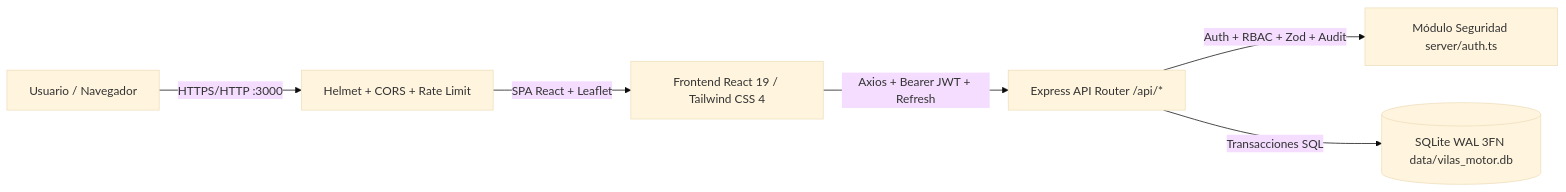
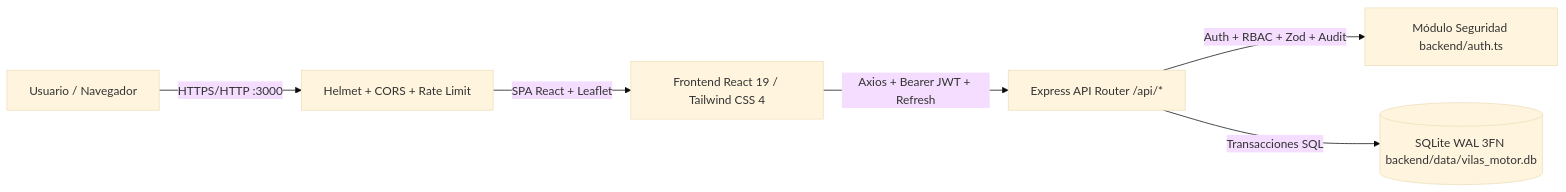
Before and after one commit to Anotherrc/Testts: the first of 2 diagrams in docs/ARQUITECTURA_Y_BD.md, drawn with Mermaid (base theme). The commit also changed 19 other files, not shown here.

````diff
--- a/docs/ARQUITECTURA_Y_BD.md
+++ b/docs/ARQUITECTURA_Y_BD.md
@@ -7,8 +7,8 @@
 ```mermaid
 flowchart LR
     U[Usuario / Navegador] -->|HTTPS/HTTP :3000| SEC[Helmet + CORS + Rate Limit]
     SEC -->|SPA React + Leaflet| FE[Frontend React 19 / Tailwind CSS 4]
     FE -->|Axios + Bearer JWT + Refresh| API[Express API Router /api/*]
-    API -->|Auth + RBAC + Zod + Audit| AUTH[Módulo Seguridad server/auth.ts]
-    API -->|Transacciones SQL| DB[(SQLite WAL 3FN data/vilas_motor.db)]
+    API -->|Auth + RBAC + Zod + Audit| AUTH[Módulo Seguridad backend/auth.ts]
+    API -->|Transacciones SQL| DB[(SQLite WAL 3FN backend/data/vilas_motor.db)]
 ```
````
